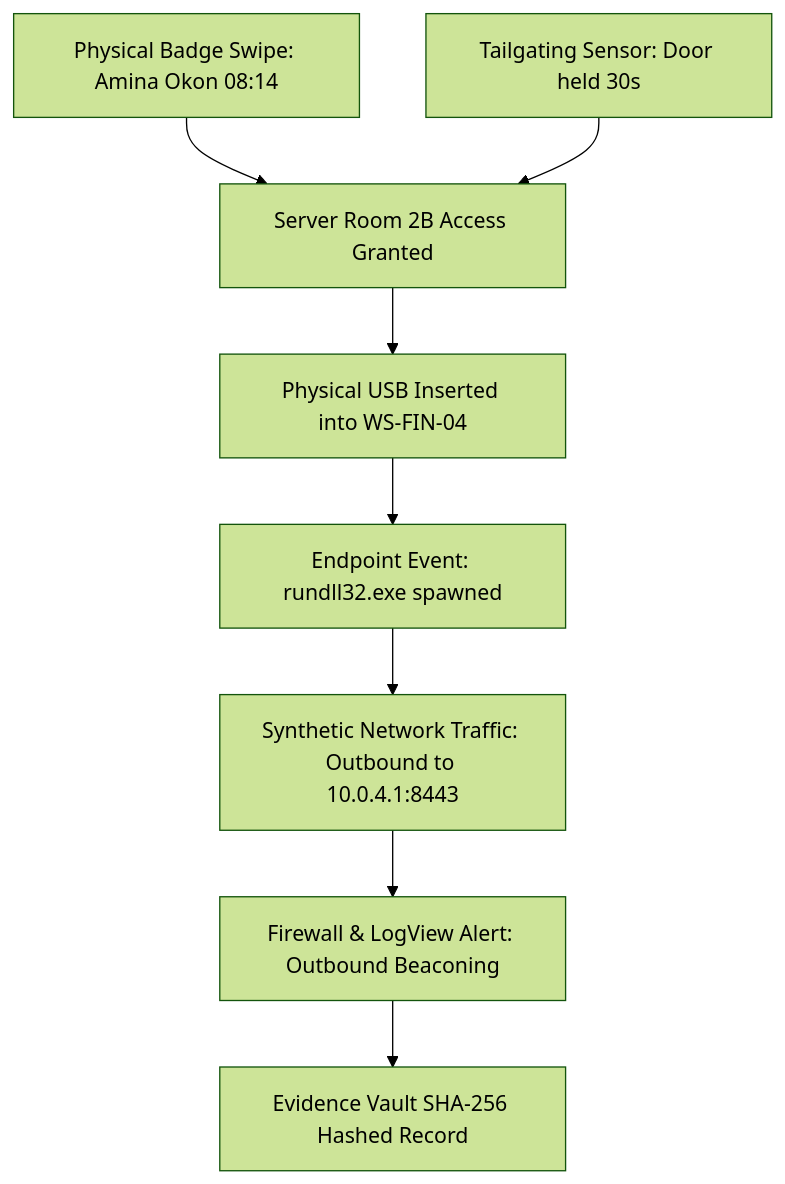
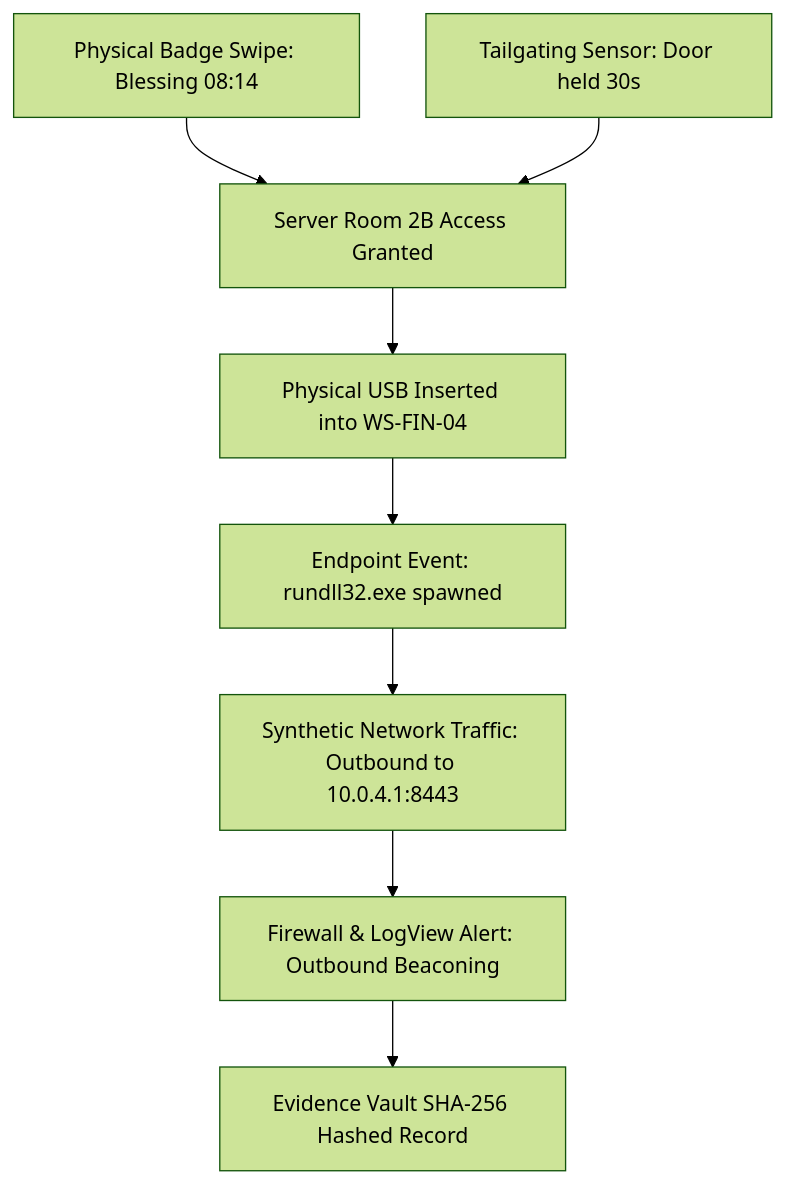
The diagram in docs/milestone-13-addendum-human-physical-architecture-report.md (7H3-PR073C70R/CYBERLIFE), drawn with Mermaid (forest theme) before and after one commit. The commit also changed other lines of this file and 83 other files, not shown here.

Commit message:
feat: add asset manager tool and update narrative and graphic references

````diff
--- a/docs/milestone-13-addendum-human-physical-architecture-report.md
+++ b/docs/milestone-13-addendum-human-physical-architecture-report.md
@@ -88,10 +88,10 @@
 ```mermaid
 graph TD
-    A[Physical Badge Swipe: Amina Okon 08:14] --> C[Server Room 2B Access Granted]
+    A[Physical Badge Swipe: Blessing 08:14] --> C[Server Room 2B Access Granted]
     B[Tailgating Sensor: Door held 30s] --> C
     C --> D[Physical USB Inserted into WS-FIN-04]
     D --> E[Endpoint Event: rundll32.exe spawned]
     E --> F[Synthetic Network Traffic: Outbound to 10.0.4.1:8443]
     F --> G[Firewall & LogView Alert: Outbound Beaconing]
     G --> H[Evidence Vault SHA-256 Hashed Record]
 ```
````
